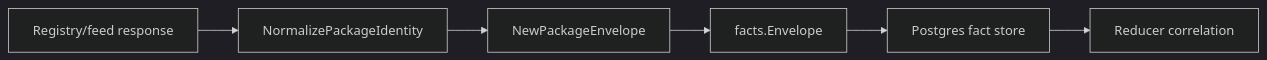
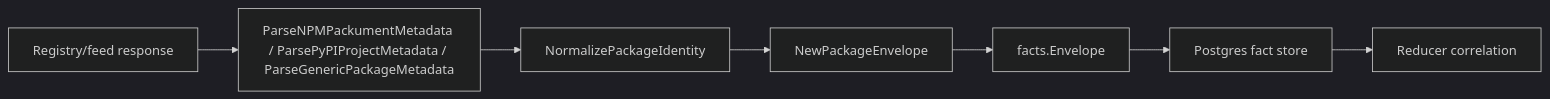
The diagram in go/internal/collector/packageregistry/README.md (eshu-hq/eshu), drawn with Mermaid (dark theme) before and after one commit. The commit also changed other lines of this file and 6 other files, not shown here.

First line of the commit message:
feat(package-registry): parse package metadata fixtures

````diff
--- a/go/internal/collector/packageregistry/README.md
+++ b/go/internal/collector/packageregistry/README.md
@@ -22,8 +24,9 @@
 ```mermaid
 flowchart LR
-  A["Registry/feed response"] --> B["NormalizePackageIdentity"]
-  B --> C["NewPackageEnvelope"]
-  C --> D["facts.Envelope"]
-  D --> E["Postgres fact store"]
-  E --> F["Reducer correlation"]
+  A["Registry/feed response"] --> B["ParseNPMPackumentMetadata / ParsePyPIProjectMetadata / ParseGenericPackageMetadata"]
+  B --> C["NormalizePackageIdentity"]
+  C --> D["NewPackageEnvelope"]
+  D --> E["facts.Envelope"]
+  E --> F["Postgres fact store"]
+  F --> G["Reducer correlation"]
 ```
````
